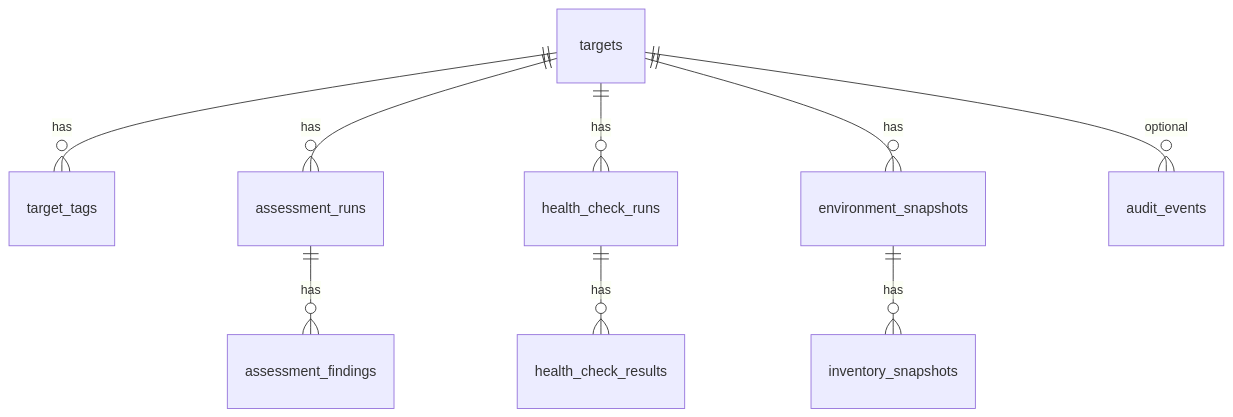
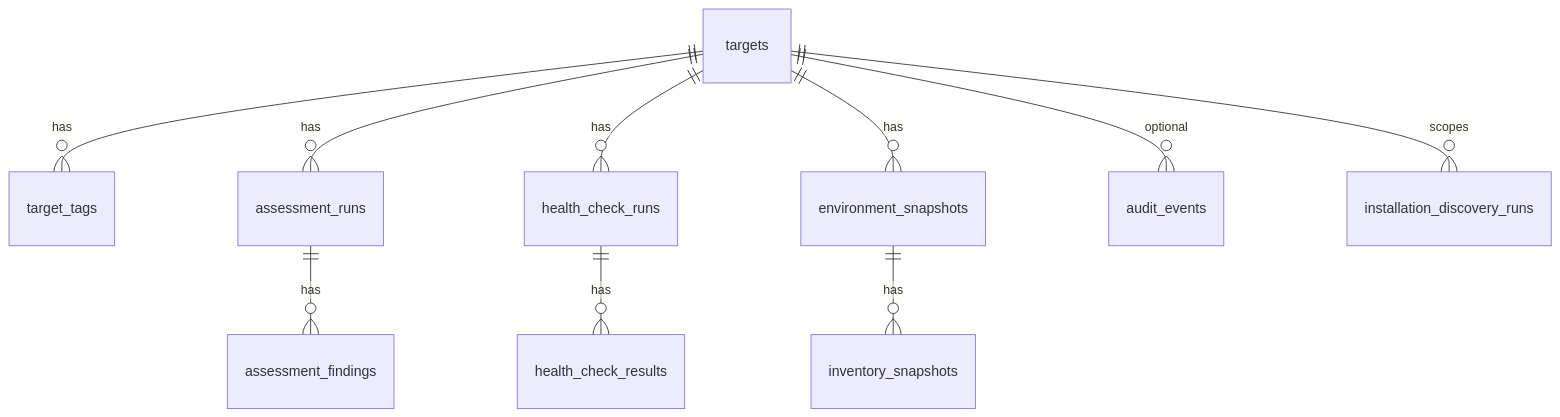
Before and after one commit to csfreitas/keycloak-operations: the diagram in docs/database-schema.md, drawn with Mermaid. The commit also changed other lines of this file and 543 other files, not shown here.

````diff
--- a/docs/database-schema.md
+++ b/docs/database-schema.md
@@ -7,11 +7,12 @@
 ```mermaid
 erDiagram
   targets ||--o{ target_tags : has
   targets ||--o{ assessment_runs : has
   assessment_runs ||--o{ assessment_findings : has
   targets ||--o{ health_check_runs : has
   health_check_runs ||--o{ health_check_results : has
   targets ||--o{ environment_snapshots : has
   environment_snapshots ||--o{ inventory_snapshots : has
   targets ||--o{ audit_events : optional
+  targets ||--o{ installation_discovery_runs : scopes
 ```
````
